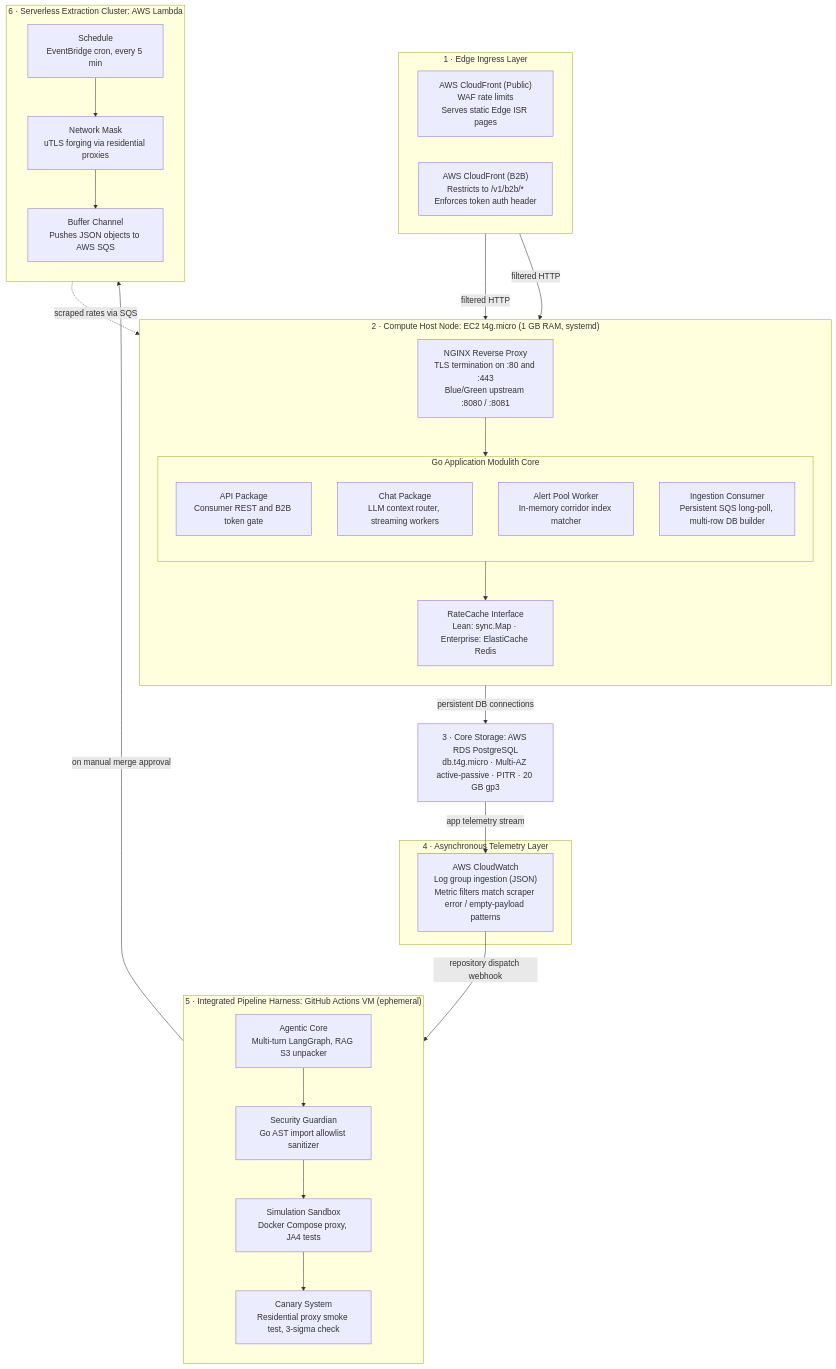
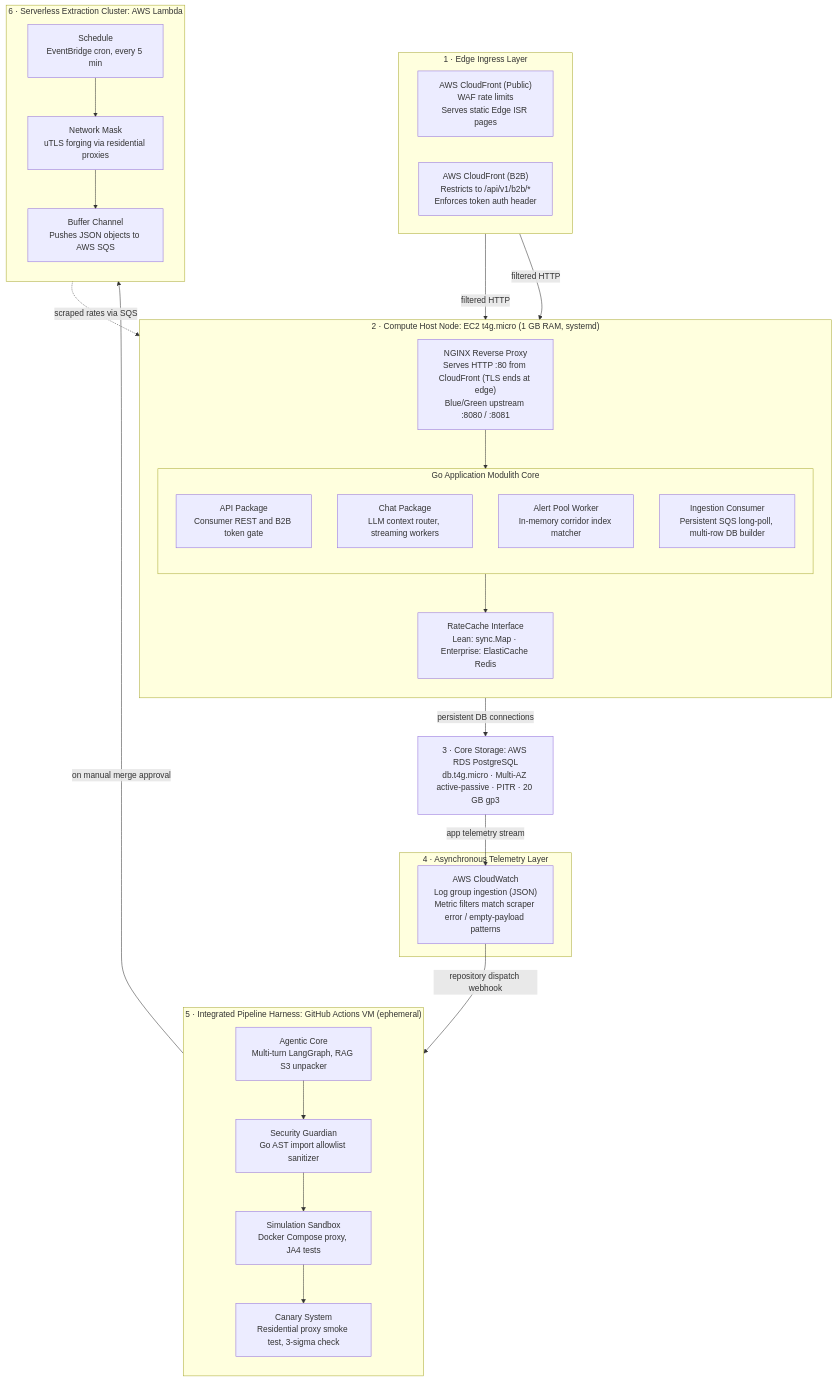
One commit to SegunAdewola/remit-track changed the first of 7 diagrams in docs/sadd.md. Above: the diagram before and after it, drawn with Mermaid. The commit also changed other lines of this file and 3 other files, not shown here.

````diff
--- a/docs/sadd.md
+++ b/docs/sadd.md
@@ -11,54 +11,54 @@
 ```mermaid
 flowchart TD
     subgraph Edge["1 · Edge Ingress Layer"]
         direction LR
         CFpub["AWS CloudFront (Public)<br/>WAF rate limits<br/>Serves static Edge ISR pages"]
-        CFb2b["AWS CloudFront (B2B)<br/>Restricts to /v1/b2b/*<br/>Enforces token auth header"]
+        CFb2b["AWS CloudFront (B2B)<br/>Restricts to /api/v1/b2b/*<br/>Enforces token auth header"]
     end
 
     subgraph Host["2 · Compute Host Node: EC2 t4g.micro (1 GB RAM, systemd)"]
         direction TB
-        NGINX["NGINX Reverse Proxy<br/>TLS termination on :80 and :443<br/>Blue/Green upstream :8080 / :8081"]
+        NGINX["NGINX Reverse Proxy<br/>Serves HTTP :80 from CloudFront (TLS ends at edge)<br/>Blue/Green upstream :8080 / :8081"]
         subgraph Mod["Go Application Modulith Core"]
             direction TB
             API["API Package<br/>Consumer REST and B2B token gate"]
             Chat["Chat Package<br/>LLM context router, streaming workers"]
             Alert["Alert Pool Worker<br/>In-memory corridor index matcher"]
             Ingest["Ingestion Consumer<br/>Persistent SQS long-poll, multi-row DB builder"]
         end
         RateCache["RateCache Interface<br/>Lean: sync.Map · Enterprise: ElastiCache Redis"]
         NGINX --> Mod
         Mod --> RateCache
     end
 
     RDS["3 · Core Storage: AWS RDS PostgreSQL<br/>db.t4g.micro · Multi-AZ active-passive · PITR · 20 GB gp3"]
 
     subgraph Tel["4 · Asynchronous Telemetry Layer"]
         CW["AWS CloudWatch<br/>Log group ingestion (JSON)<br/>Metric filters match scraper error / empty-payload patterns"]
     end
 
     subgraph Pipe["5 · Integrated Pipeline Harness: GitHub Actions VM (ephemeral)"]
         direction TB
         Agent["Agentic Core<br/>Multi-turn LangGraph, RAG S3 unpacker"]
         Guard["Security Guardian<br/>Go AST import allowlist sanitizer"]
         Sim["Simulation Sandbox<br/>Docker Compose proxy, JA4 tests"]
         Canary["Canary System<br/>Residential proxy smoke test, 3-sigma check"]
         Agent --> Guard --> Sim --> Canary
     end
 
     subgraph Extract["6 · Serverless Extraction Cluster: AWS Lambda"]
         direction TB
         Sched["Schedule<br/>EventBridge cron, every 5 min"]
         Mask["Network Mask<br/>uTLS forging via residential proxies"]
         Buf["Buffer Channel<br/>Pushes JSON objects to AWS SQS"]
         Sched --> Mask --> Buf
     end
 
     CFpub -->|filtered HTTP| NGINX
     CFb2b -->|filtered HTTP| NGINX
     RateCache -->|persistent DB connections| RDS
     RDS -->|app telemetry stream| CW
     CW -->|repository dispatch webhook| Agent
     Canary -->|on manual merge approval| Sched
     Buf -.->|scraped rates via SQS| Ingest
 ```                             
````
